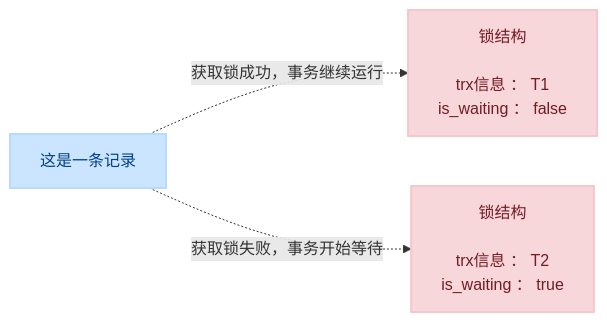
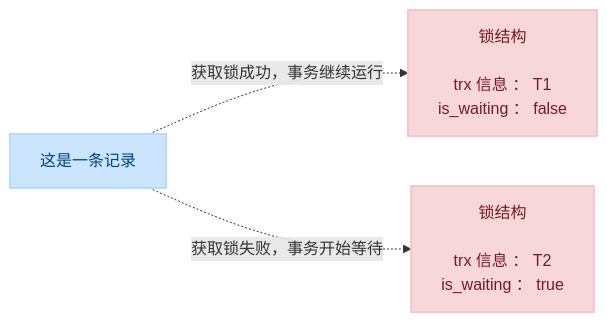
One commit to hhuabin/note changed the third of 11 diagrams in MySql/27.锁.md. Above: the diagram before and after it, drawn with Mermaid. The commit also changed other lines of this file and 8 other files, not shown here.

````diff
--- a/MySql/27.锁.md
+++ b/MySql/27.锁.md
@@ -55,19 +55,19 @@
 ```mermaid
 flowchart LR
     %% 定义记录节点
     Record["这是一条记录"]
 
     %% 定义锁结构节点，纯文本排版（无边框、无背景色）
-    LockStruct["锁结构<br/><br/>trx信息 ： T1<br/>is_waiting ： false"]
+    LockStruct["锁结构<br/><br/>trx 信息 ： T1<br/>is_waiting ： false"]
     
-    LockStruct2["锁结构<br/><br/>trx信息 ： T2<br/>is_waiting ： true"]
+    LockStruct2["锁结构<br/><br/>trx 信息 ： T2<br/>is_waiting ： true"]
 
     %% 建立关联
     Record -.->|获取锁成功，事务继续运行| LockStruct
     Record -.->|获取锁失败，事务开始等待| LockStruct2
 
     %% 样式定义
     style Record fill:#cce5ff,stroke:#b8daff,stroke-width:2px,color:#004085
     style LockStruct fill:#f8d7da,stroke:#f5c6cb,stroke-width:2px,color:#721c24
     style LockStruct2 fill:#f8d7da,stroke:#f5c6cb,stroke-width:2px,color:#721c24
 ```
````
